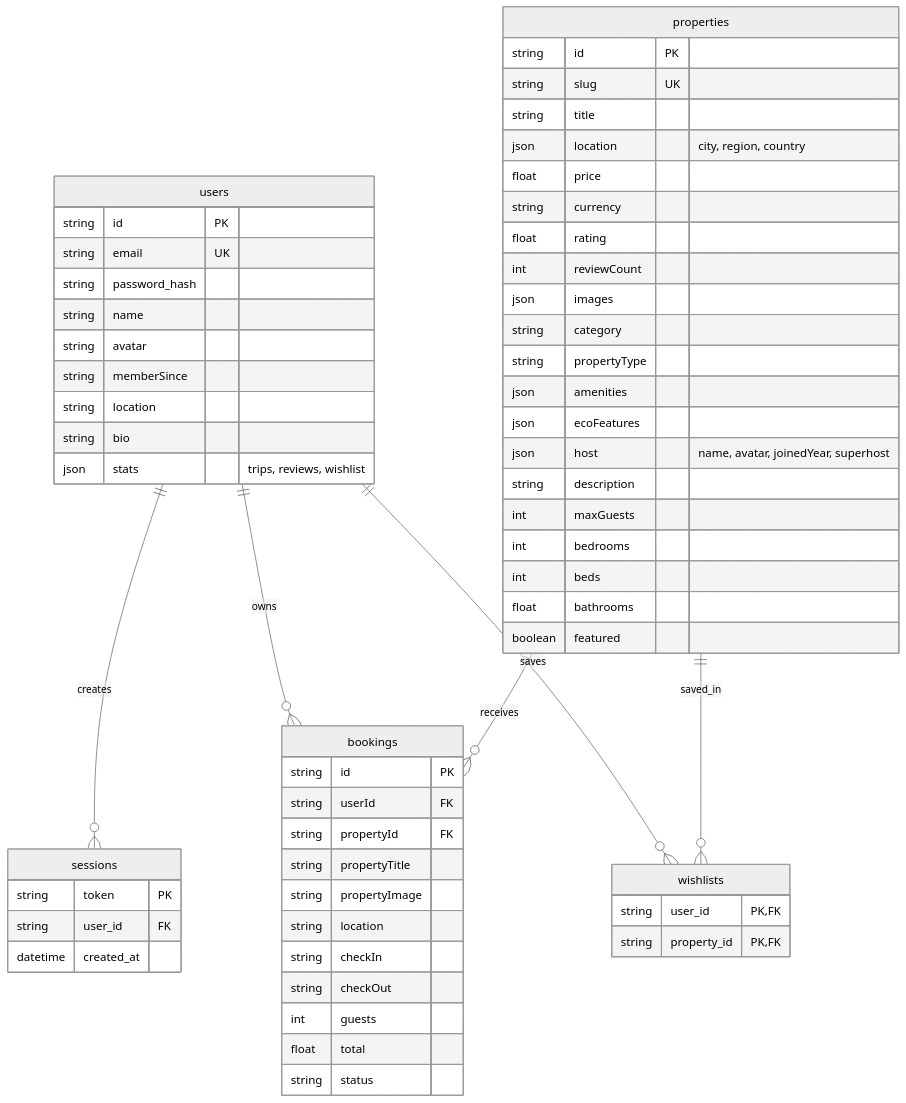
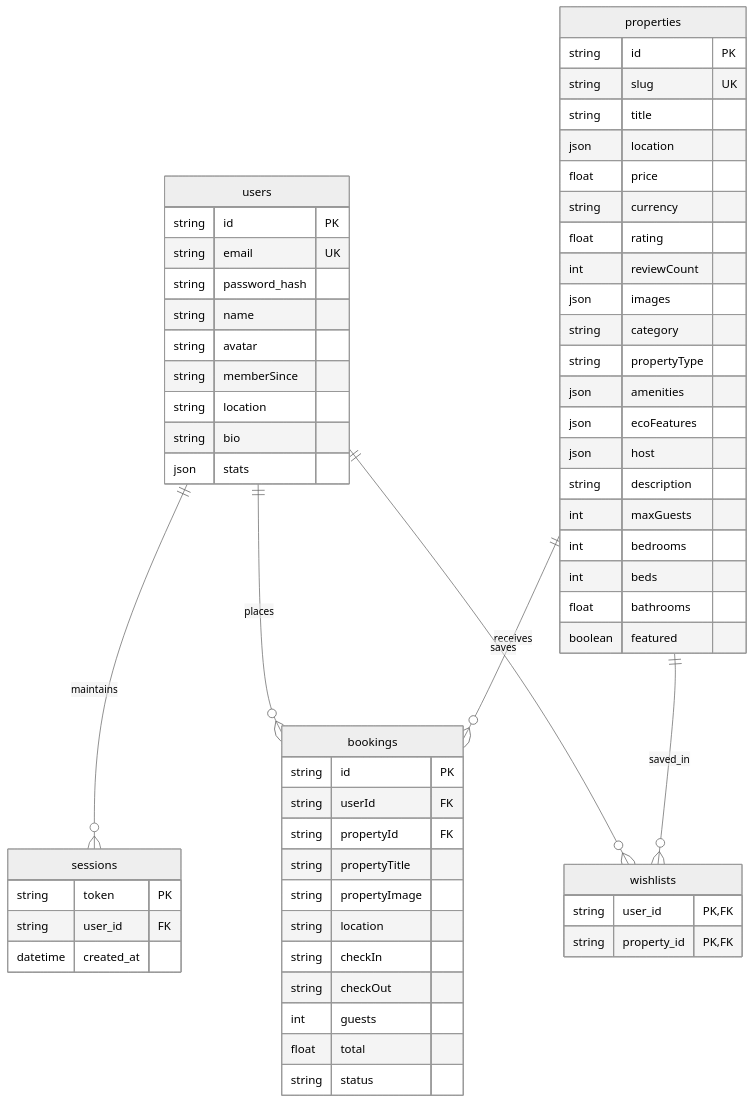
The diagram in README.md (VIS030/ecostay-booking-platform), drawn with Mermaid (neutral theme) before and after one commit. The commit also changed other lines of this file, not shown here.

````diff
--- a/README.md
+++ b/README.md
@@ -141,68 +372,68 @@
 ```mermaid
 erDiagram
     users {
         string id PK
         string email UK
         string password_hash
         string name
         string avatar
         string memberSince
         string location
         string bio
-        json stats "trips, reviews, wishlist"
+        json stats
     }
 
     sessions {
         string token PK
         string user_id FK
         datetime created_at
     }
 
     properties {
         string id PK
         string slug UK
         string title
-        json location "city, region, country"
+        json location
         float price
         string currency
         float rating
         int reviewCount
         json images
         string category
         string propertyType
         json amenities
         json ecoFeatures
-        json host "name, avatar, joinedYear, superhost"
+        json host
         string description
         int maxGuests
         int bedrooms
         int beds
         float bathrooms
         boolean featured
     }
 
     bookings {
         string id PK
         string userId FK
         string propertyId FK
         string propertyTitle
         string propertyImage
         string location
         string checkIn
         string checkOut
         int guests
         float total
         string status
     }
 
     wishlists {
         string user_id PK, FK
         string property_id PK, FK
     }
 
-    users ||--o{ sessions : "creates"
-    users ||--o{ bookings : "owns"
+    users ||--o{ sessions : "maintains"
+    users ||--o{ bookings : "places"
     properties ||--o{ bookings : "receives"
     users ||--o{ wishlists : "saves"
     properties ||--o{ wishlists : "saved_in"
 ```
````
